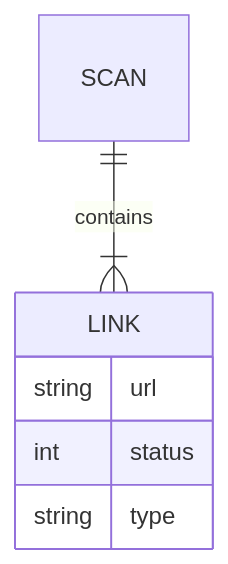
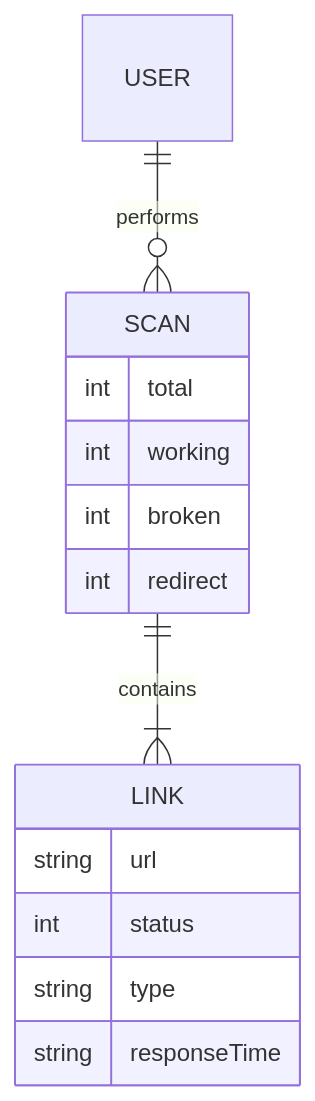
One commit to Chhatrapati-sahu-09/broken-link-checker changed the diagram in README.md. Above: the diagram before and after it, drawn with Mermaid. The commit also changed other lines of this file, not shown here.

````diff
--- a/README.md
+++ b/README.md
@@ -231,9 +99,17 @@
-```mermaid id="er1"
+```mermaid
 erDiagram
+    USER ||--o{ SCAN : performs
     SCAN ||--|{ LINK : contains
     LINK {
         string url
         int status
         string type
+        string responseTime
+    }
+    SCAN {
+        int total
+        int working
+        int broken
+        int redirect
     }
 ```
````
